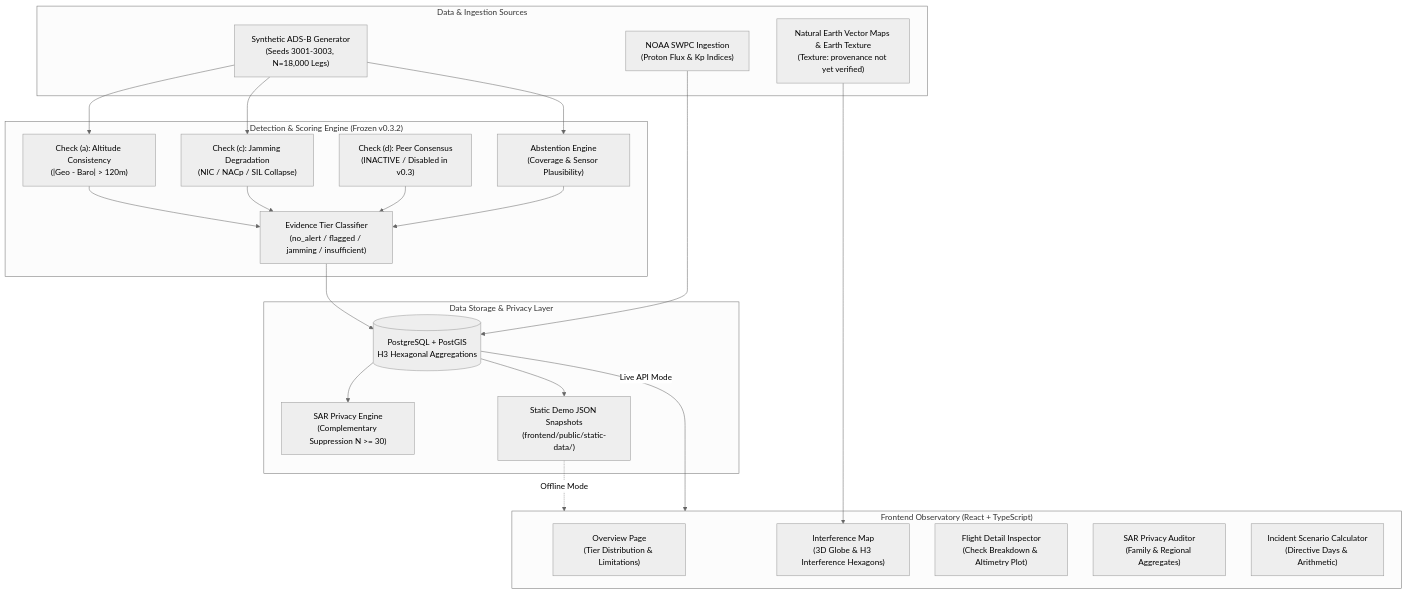
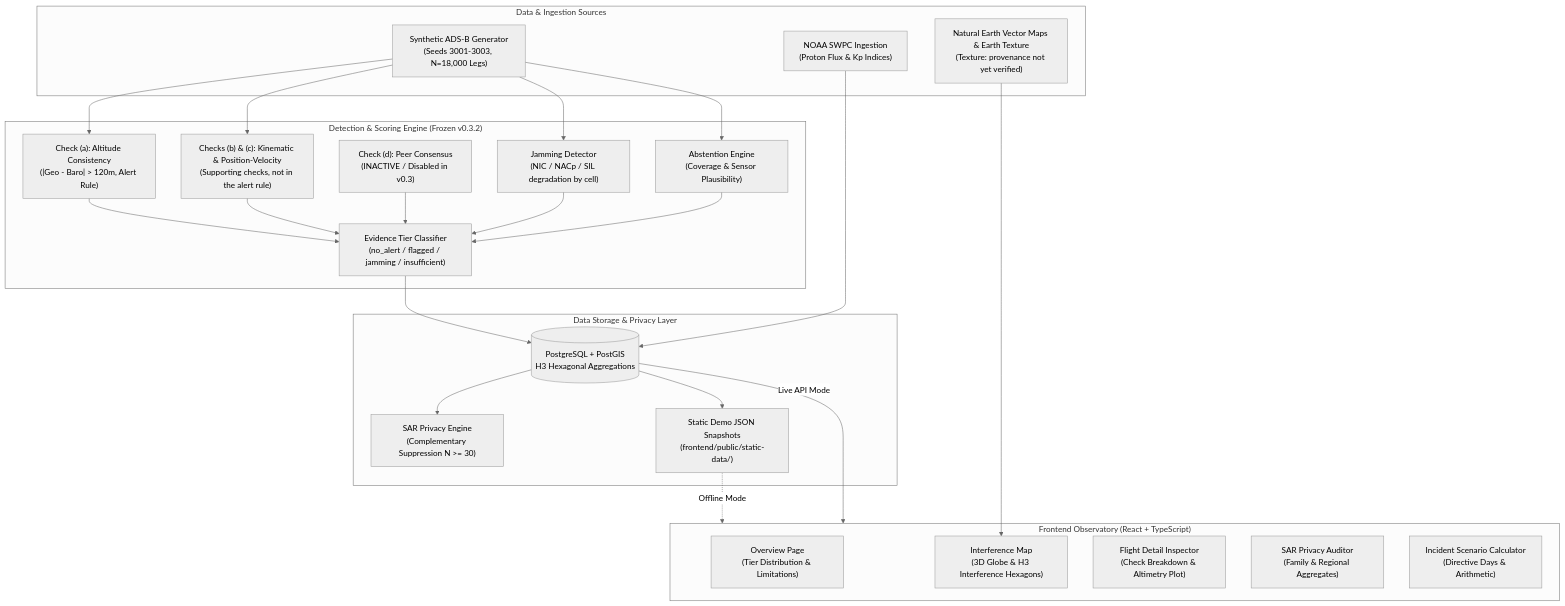
The diagram in README.md (Pratikshukla13/AeroTrust), drawn with Mermaid (neutral theme) before and after one commit. The commit also changed other lines of this file and 23 other files, not shown here.

Commit message:
Phase 8.5: Population definitions, architecture diagram labels, abstention note, precision derivation, and attribution verification

````diff
--- a/README.md
+++ b/README.md
@@ -55,40 +61,41 @@
 ```mermaid
 flowchart TD
     subgraph Data_Sources ["Data & Ingestion Sources"]
         ADS_B["Synthetic ADS-B Generator<br/>(Seeds 3001-3003, N=18,000 Legs)"]
         SWPC["NOAA SWPC Ingestion<br/>(Proton Flux & Kp Indices)"]
         NE_GEO["Natural Earth Vector Maps & Earth Texture<br/>(Texture: provenance not yet verified)"]
     end
 
     subgraph Core_Engine ["Detection & Scoring Engine (Frozen v0.3.2)"]
-        CHECK_A["Check (a): Altitude Consistency<br/>(|Geo - Baro| > 120m)"]
-        CHECK_C["Check (c): Jamming Degradation<br/>(NIC / NACp / SIL Collapse)"]
+        CHECK_A["Check (a): Altitude Consistency<br/>(|Geo - Baro| > 120m, Alert Rule)"]
+        CHECKS_BC["Checks (b) & (c): Kinematic & Position-Velocity<br/>(Supporting checks, not in the alert rule)"]
         CHECK_D["Check (d): Peer Consensus<br/>(INACTIVE / Disabled in v0.3)"]
+        JAM_DET["Jamming Detector<br/>(NIC / NACp / SIL degradation by cell)"]
         ABSTAIN["Abstention Engine<br/>(Coverage & Sensor Plausibility)"]
         TIER_MAP["Evidence Tier Classifier<br/>(no_alert / flagged / jamming / insufficient)"]
     end
 
     subgraph Storage_Layer ["Data Storage & Privacy Layer"]
         PG_DB[("PostgreSQL + PostGIS<br/>H3 Hexagonal Aggregations")]
         SAR_ENG["SAR Privacy Engine<br/>(Complementary Suppression N >= 30)"]
         STATIC_SNAPS["Static Demo JSON Snapshots<br/>(frontend/public/static-data/)"]
     end
 
     subgraph Observatory_UI ["Frontend Observatory (React + TypeScript)"]
         UI_OVERVIEW["Overview Page<br/>(Tier Distribution & Limitations)"]
         UI_MAP["Interference Map<br/>(3D Globe & H3 Interference Hexagons)"]
         UI_FLIGHT["Flight Detail Inspector<br/>(Check Breakdown & Altimetry Plot)"]
         UI_SAR["SAR Privacy Auditor<br/>(Family & Regional Aggregates)"]
         UI_INCIDENT["Incident Scenario Calculator<br/>(Directive Days & Arithmetic)"]
     end
 
-    ADS_B --> CHECK_A & CHECK_C & ABSTAIN
-    CHECK_A & CHECK_C & CHECK_D & ABSTAIN --> TIER_MAP
+    ADS_B --> CHECK_A & CHECKS_BC & JAM_DET & ABSTAIN
+    CHECK_A & CHECKS_BC & CHECK_D & JAM_DET & ABSTAIN --> TIER_MAP
     TIER_MAP --> PG_DB
     SWPC --> PG_DB
     PG_DB --> SAR_ENG
     PG_DB --> STATIC_SNAPS
     STATIC_SNAPS -.->|Offline Mode| Observatory_UI
     PG_DB -->|Live API Mode| Observatory_UI
     NE_GEO --> UI_MAP
 ```
````
